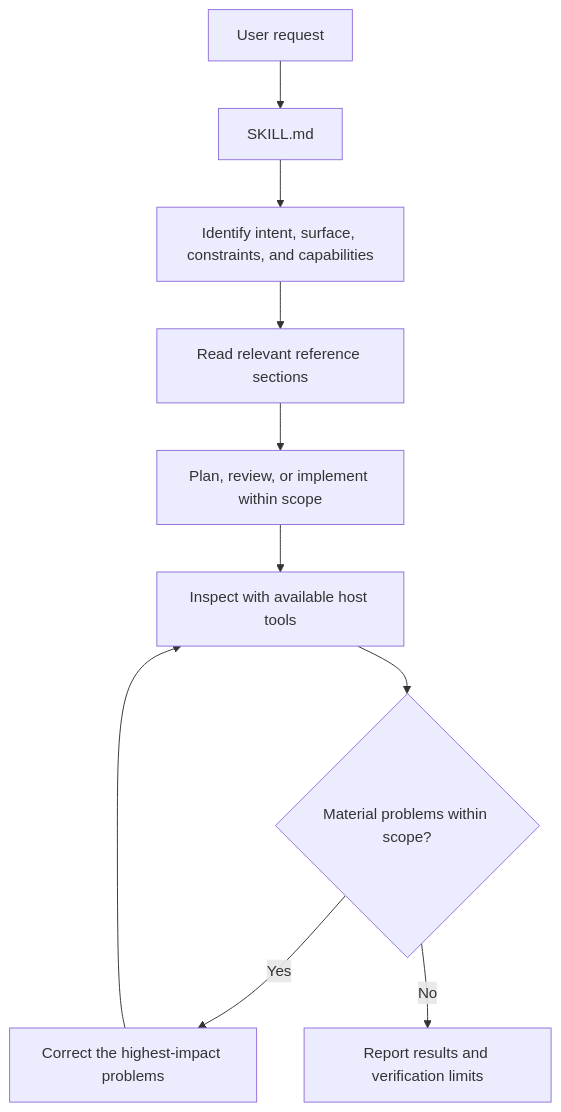
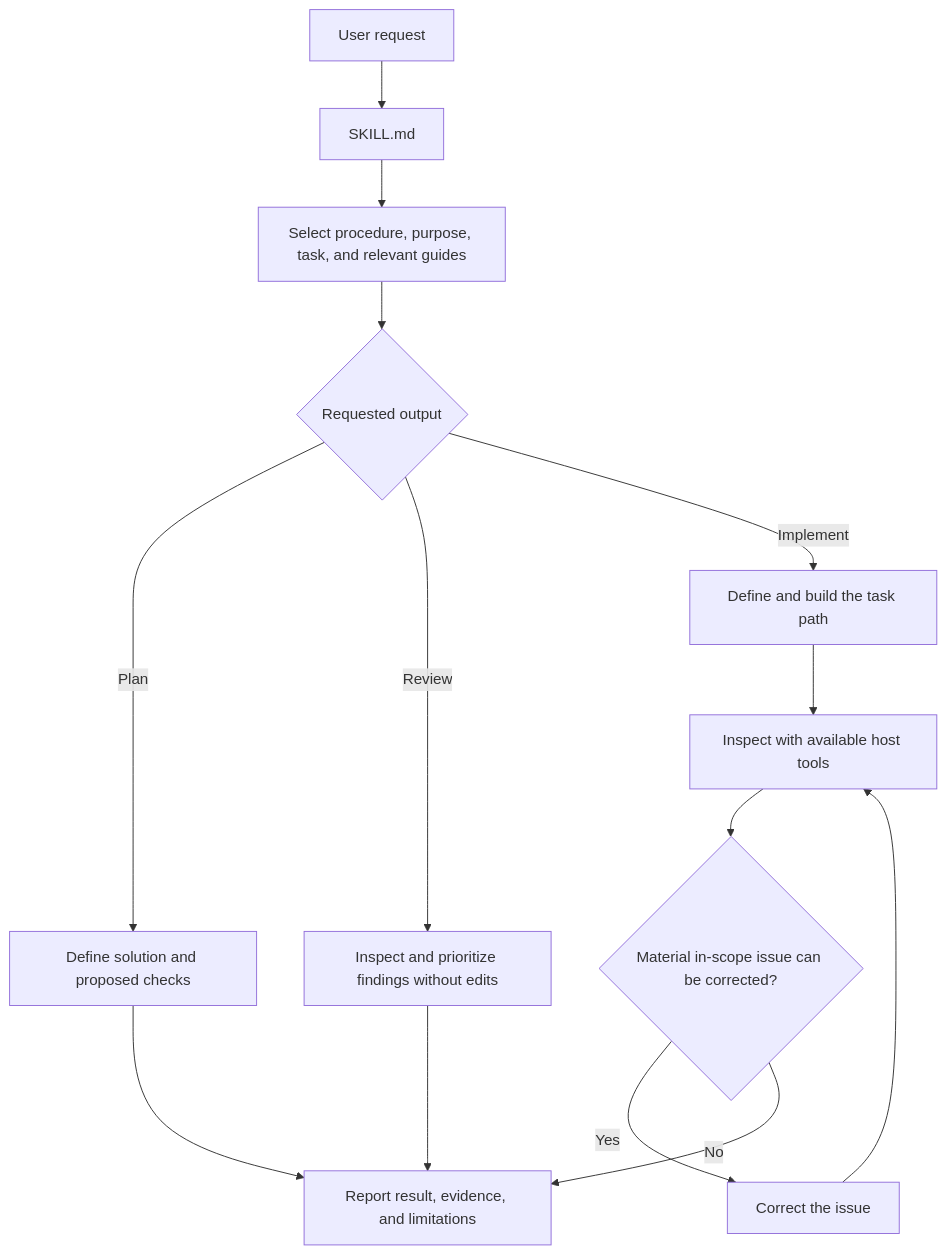
The diagram in docs/skill-architecture.md (smokeeaasd/flawless-ui-ux), drawn with Mermaid before and after one commit. The commit also changed other lines of this file and 19 other files, not shown here.

````diff
--- a/docs/skill-architecture.md
+++ b/docs/skill-architecture.md
@@ -129,12 +143,16 @@
 ```mermaid
 flowchart TD
     A[User request] --> B[SKILL.md]
-    B --> C[Identify intent, surface, constraints, and capabilities]
-    C --> D[Read relevant reference sections]
-    D --> E[Plan, review, or implement within scope]
-    E --> F[Inspect with available host tools]
-    F --> G{Material problems within scope?}
-    G -->|Yes| H[Correct the highest-impact problems]
-    H --> F
-    G -->|No| I[Report results and verification limits]
+    B --> C[Select procedure, purpose, task, and relevant guides]
+    C --> D{Requested output}
+    D -->|Plan| E[Define solution and proposed checks]
+    D -->|Review| F[Inspect and prioritize findings without edits]
+    D -->|Implement| G[Define and build the task path]
+    G --> H[Inspect with available host tools]
+    H --> I{Material in-scope issue can be corrected?}
+    I -->|Yes| J[Correct the issue]
+    J --> H
+    I -->|No| K[Report result, evidence, and limitations]
+    E --> K
+    F --> K
 ```
````
